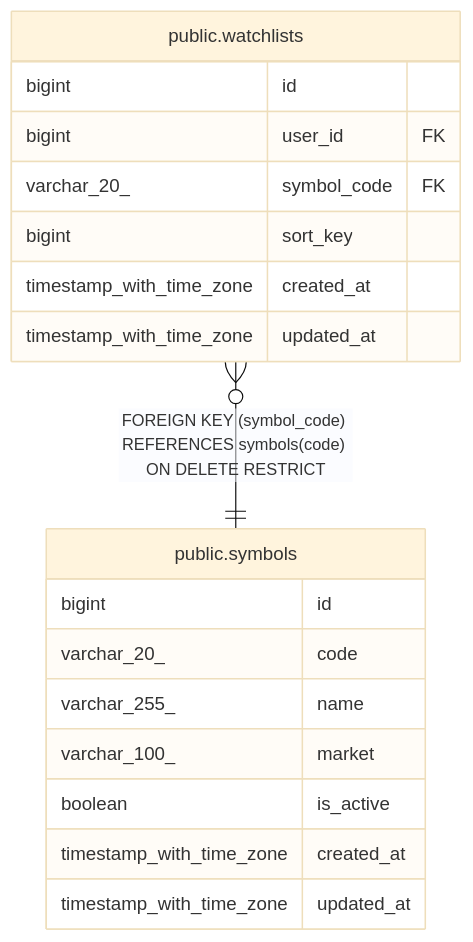
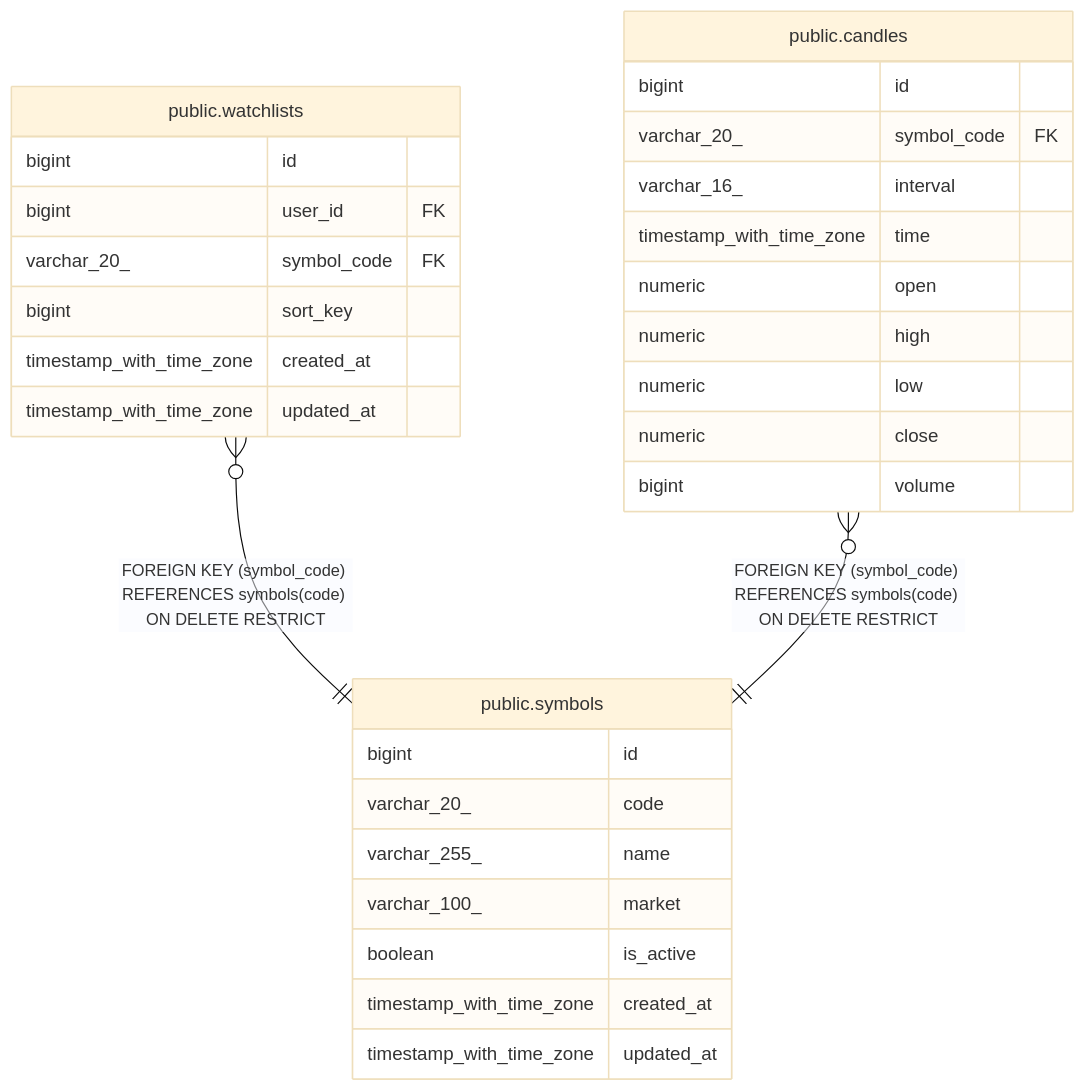
Before and after one commit to UCHIDAnobuhiro/stock_backend: the diagram in docs/schema/public.symbols.md, drawn with Mermaid (base theme). The commit also changed other lines of this file and 15 other files, not shown here.

First line of the commit message:
refactor: candles.symbol を symbol_code に改名し symbols.code への FK を追加

````diff
--- a/docs/schema/public.symbols.md
+++ b/docs/schema/public.symbols.md
@@ -30,23 +30,35 @@
 ```mermaid
 erDiagram
 
 "public.watchlists" }o--|| "public.symbols" : "FOREIGN KEY (symbol_code) REFERENCES symbols(code) ON DELETE RESTRICT"
+"public.candles" }o--|| "public.symbols" : "FOREIGN KEY (symbol_code) REFERENCES symbols(code) ON DELETE RESTRICT"
 
 "public.symbols" {
   bigint id ""
   varchar_20_ code ""
   varchar_255_ name ""
   varchar_100_ market ""
   boolean is_active ""
   timestamp_with_time_zone created_at ""
   timestamp_with_time_zone updated_at ""
 }
 "public.watchlists" {
   bigint id ""
   bigint user_id FK ""
   varchar_20_ symbol_code FK ""
   bigint sort_key ""
   timestamp_with_time_zone created_at ""
   timestamp_with_time_zone updated_at ""
 }
+"public.candles" {
+  bigint id ""
+  varchar_20_ symbol_code FK ""
+  varchar_16_ interval ""
+  timestamp_with_time_zone time ""
+  numeric open ""
+  numeric high ""
+  numeric low ""
+  numeric close ""
+  bigint volume ""
+}
 ```
````
